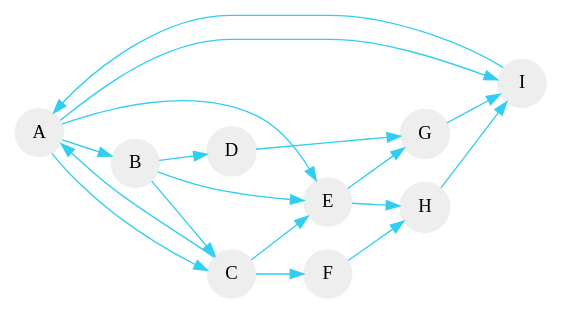
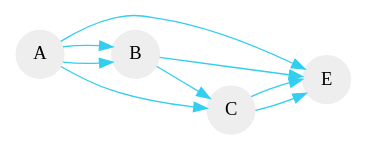
One commit to AstridGMC/FinalEstructurasWAZE changed the diagram in dibujo.dot. Above: the diagram before and after it, drawn with Graphviz. The commit also changed 35 other files, not shown here.

```diff
--- a/dibujo.dot
+++ b/dibujo.dot
@@ -1,25 +1,12 @@
  digraph G 
   {  node [shape=circle];
  node [style=filled];
  node [fillcolor="#EEEEEE"];
  node [color="#EEEEEE"];
- edge [color="#31CEF0"];
-A ->  B ;
-A ->  C ;
-A ->  E ;
-A ->  I ;
-B ->  D ;
-B ->  E ;
-B ->  C ;
-C ->  E ;
-C ->  F ;
-C ->  A ;
-E ->  G ;
-E ->  H ;
-D ->  G ;
-F ->  H ;
-G ->  I ;
-H ->  I ;
-I ->  A ;
+ edge [color="#33CEF0"];
+A ->  E;
+A ->  B ->  E;
+A ->  B ->  C ->  E;
+A ->  C ->  E;
 rankdir=LR;
 }
```
